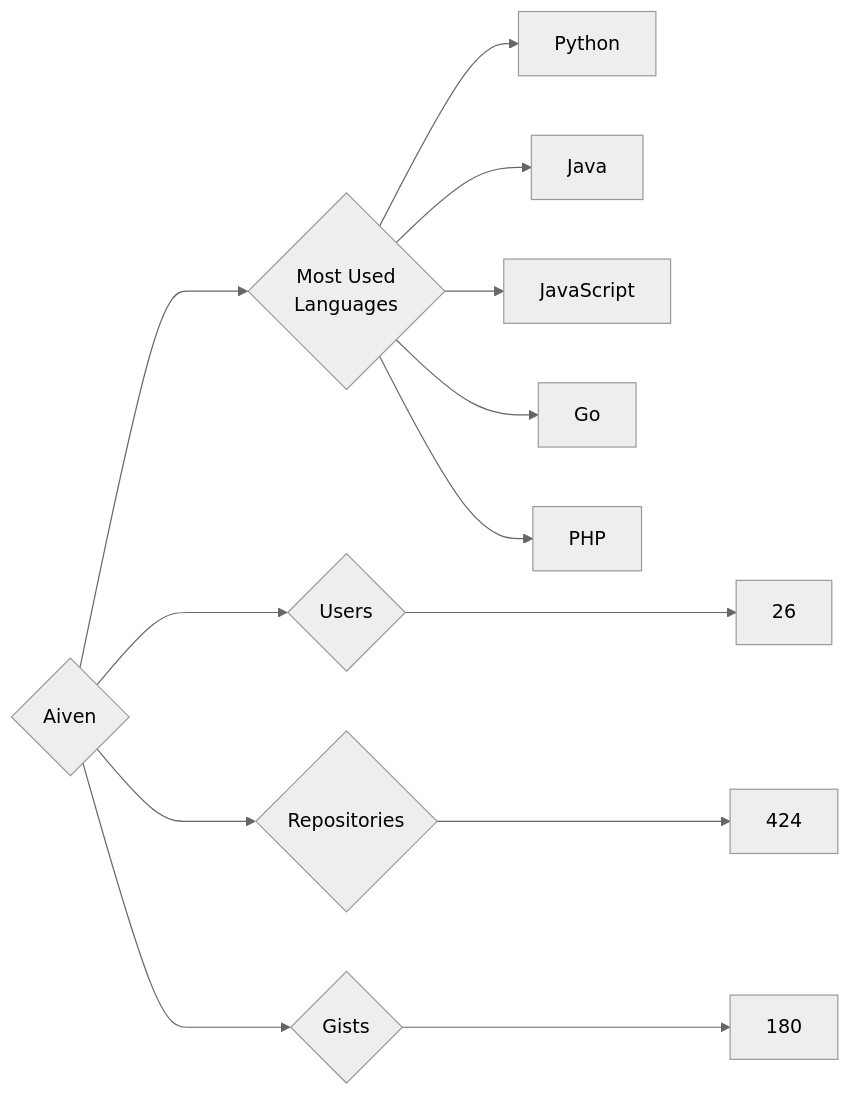
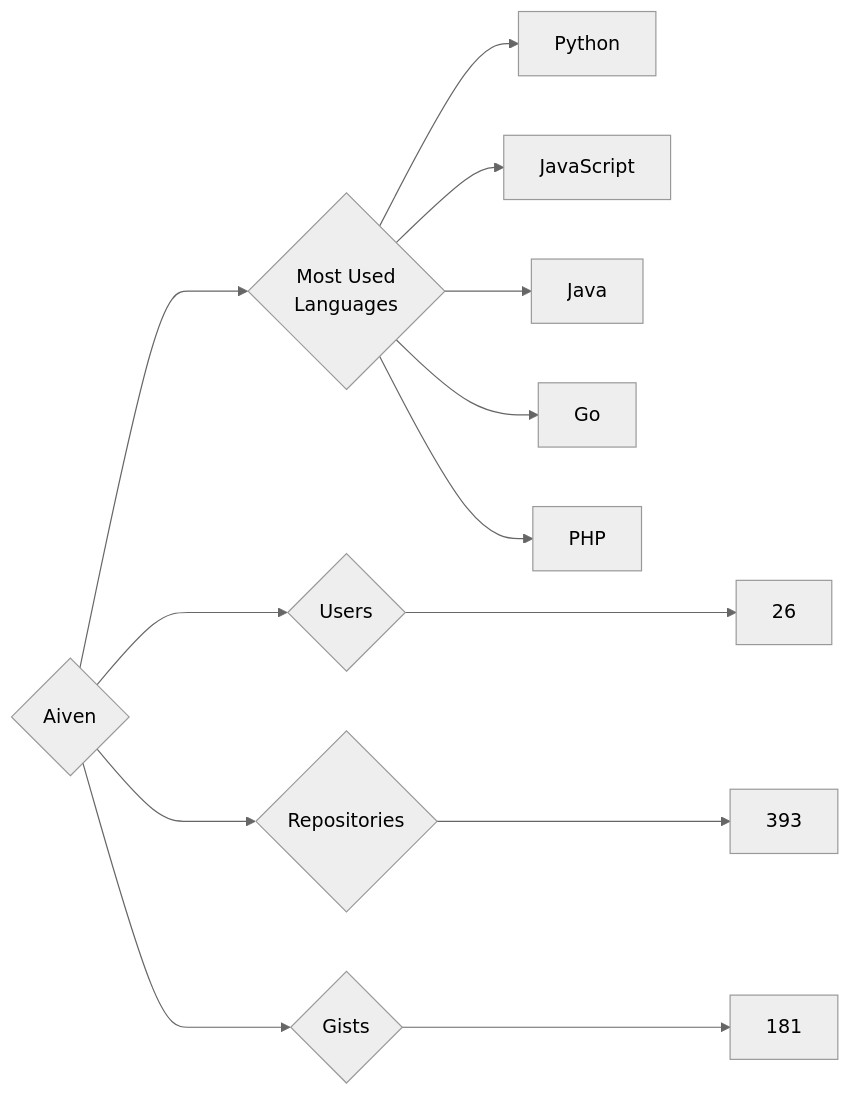
The diagram in targets/Aiven/README.md (trickest/insiders), drawn with Mermaid (neutral theme) before and after one commit. The commit also changed 1030 other files, not shown here.

````diff
--- a/targets/Aiven/README.md
+++ b/targets/Aiven/README.md
@@ -3,13 +3,13 @@
 ```mermaid
 graph LR
 COMPANY_NAME{Aiven}
 COMPANY_NAME ---> U{Users} ---> UN[26]
-COMPANY_NAME ---> R{Repositories} ---> RN[424]
-COMPANY_NAME ---> G{Gists} ---> GN[180]
+COMPANY_NAME ---> R{Repositories} ---> RN[393]
+COMPANY_NAME ---> G{Gists} ---> GN[181]
 COMPANY_NAME ---> ML{Most Used<br>Languages}
 ML --> Python[Python]
+ML --> JavaScript[JavaScript]
 ML --> Java[Java]
-ML --> JavaScript[JavaScript]
 ML --> Go[Go]
 ML --> PHP[PHP]
 ```
````
